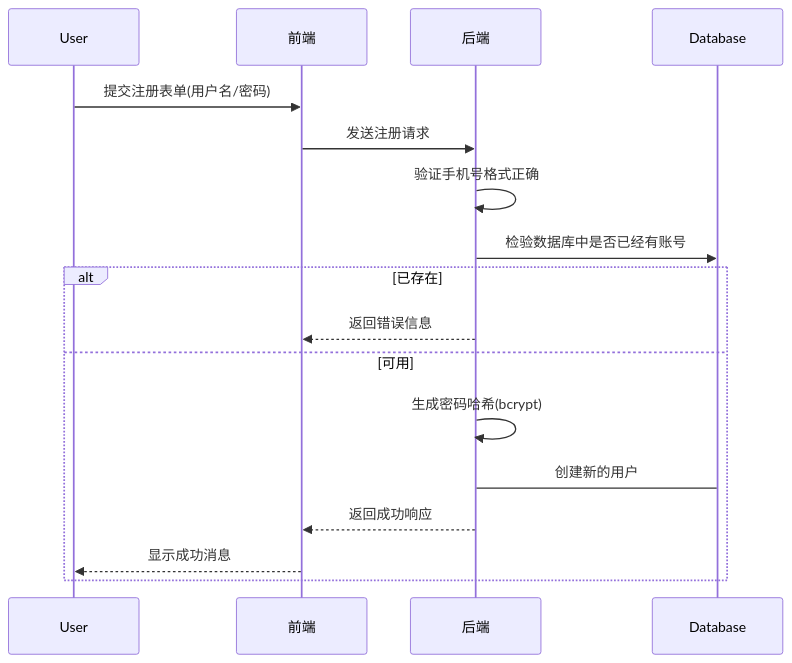
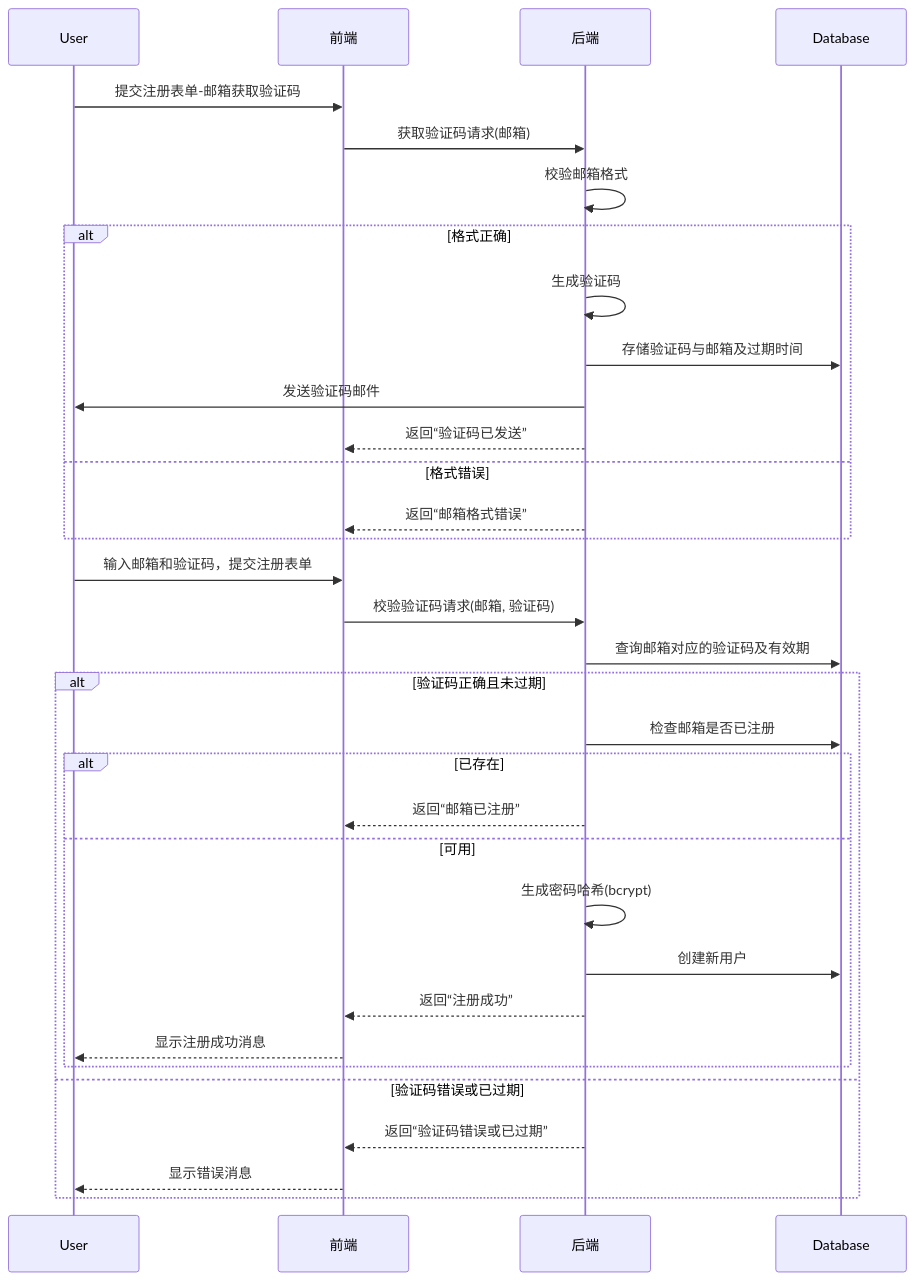
Before and after one commit to TANYP1/Cser_forum: the diagram in 技术方案/register.md, drawn with Mermaid. The commit also changed 12 other files, not shown here.

````diff
--- a/技术方案/register.md
+++ b/技术方案/register.md
@@ -1,20 +1,37 @@
 ```mermaid
 sequenceDiagram
-    participant User
-    participant 前端
-    participant 后端
-    participant Database
-    
-    User->>前端: 提交注册表单(用户名/密码)
-    前端->>后端: 发送注册请求
-    后端->>后端: 验证手机号格式正确
-    后端->>Database: 检验数据库中是否已经有账号
-    alt 已存在
-        后端-->>前端: 返回错误信息
-    else 可用
-        后端->>后端: 生成密码哈希(bcrypt)
-        后端->Database: 创建新的用户
-        后端-->>前端: 返回成功响应
-        前端-->>User: 显示成功消息
+participant User
+participant 前端
+participant 后端
+participant Database
+
+    User->>前端: 提交注册表单-邮箱获取验证码
+    前端->>后端: 获取验证码请求(邮箱)
+    后端->>后端: 校验邮箱格式
+    alt 格式正确
+        后端->>后端: 生成验证码
+        后端->>Database: 存储验证码与邮箱及过期时间
+        后端->>User: 发送验证码邮件
+        后端-->>前端: 返回“验证码已发送”
+    else 格式错误
+        后端-->>前端: 返回“邮箱格式错误”
+    end
+
+    User->>前端: 输入邮箱和验证码，提交注册表单
+    前端->>后端: 校验验证码请求(邮箱, 验证码)
+    后端->>Database: 查询邮箱对应的验证码及有效期
+    alt 验证码正确且未过期
+        后端->>Database: 检查邮箱是否已注册
+        alt 已存在
+            后端-->>前端: 返回“邮箱已注册”
+        else 可用
+            后端->>后端: 生成密码哈希(bcrypt)
+            后端->>Database: 创建新用户
+            后端-->>前端: 返回“注册成功”
+            前端-->>User: 显示注册成功消息
+        end
+    else 验证码错误或已过期
+        后端-->>前端: 返回“验证码错误或已过期”
+        前端-->>User: 显示错误消息
     end
 ```
````
